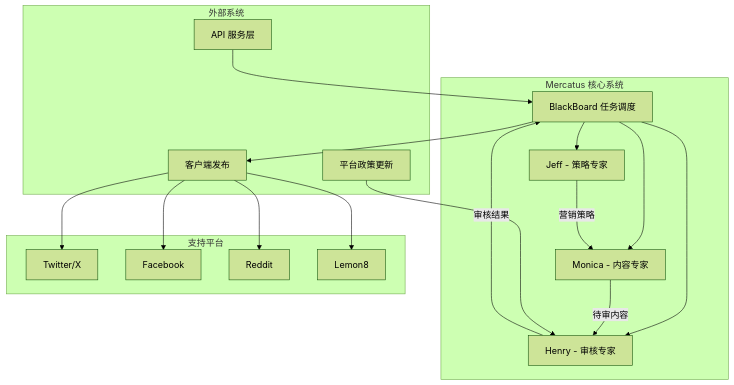
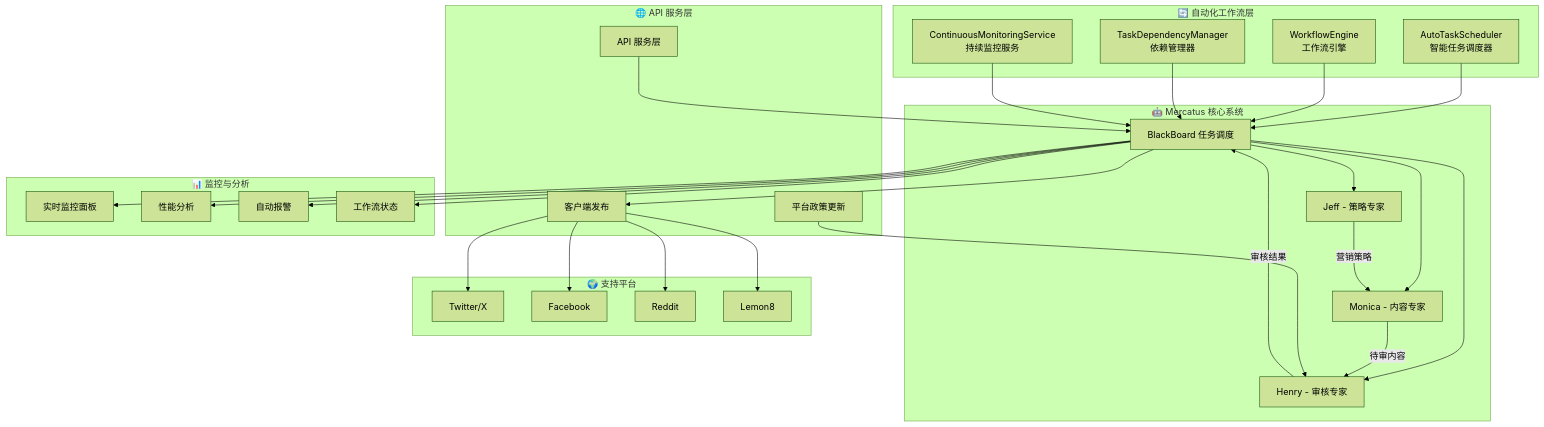
One commit to ai-fly/Mercatus changed the diagram in readme.md. Above: the diagram before and after it, drawn with Mermaid (forest theme). The commit also changed other lines of this file and 7 other files, not shown here.

````diff
--- a/readme.md
+++ b/readme.md
@@ -35,30 +55,54 @@
 ```mermaid
 graph TB
-    subgraph "Mercatus 核心系统"
+    subgraph "🔄 自动化工作流层"
+        AS[AutoTaskScheduler<br/>智能任务调度器] 
+        WE[WorkflowEngine<br/>工作流引擎]
+        TDM[TaskDependencyManager<br/>依赖管理器]
+        CMS[ContinuousMonitoringService<br/>持续监控服务]
+    end
+    
+    subgraph "🤖 Mercatus 核心系统"
         A[BlackBoard 任务调度] --> B[Jeff - 策略专家]
         A --> C[Monica - 内容专家]
         A --> D[Henry - 审核专家]
         
         B -->|营销策略| C
         C -->|待审内容| D
         D -->|审核结果| A
     end
     
-    subgraph "外部系统"
+    subgraph "🌐 API 服务层"
         E[API 服务层] --> A
         A --> F[客户端发布]
         G[平台政策更新] --> D
     end
     
-    subgraph "支持平台"
-        H[Twitter/X]
-        I[Facebook] 
-        J[Reddit]
-        K[Lemon8]
+    subgraph "📊 监控与分析"
+        H[实时监控面板]
+        I[性能分析] 
+        J[自动报警]
+        K[工作流状态]
     end
     
-    F --> H
-    F --> I
-    F --> J
-    F --> K
+    subgraph "🌍 支持平台"
+        L[Twitter/X]
+        M[Facebook] 
+        N[Reddit]
+        O[Lemon8]
+    end
+    
+    AS --> A
+    WE --> A  
+    TDM --> A
+    CMS --> A
+    
+    A --> H
+    A --> I
+    A --> J
+    A --> K
+    
+    F --> L
+    F --> M
+    F --> N
+    F --> O
 ```
````
